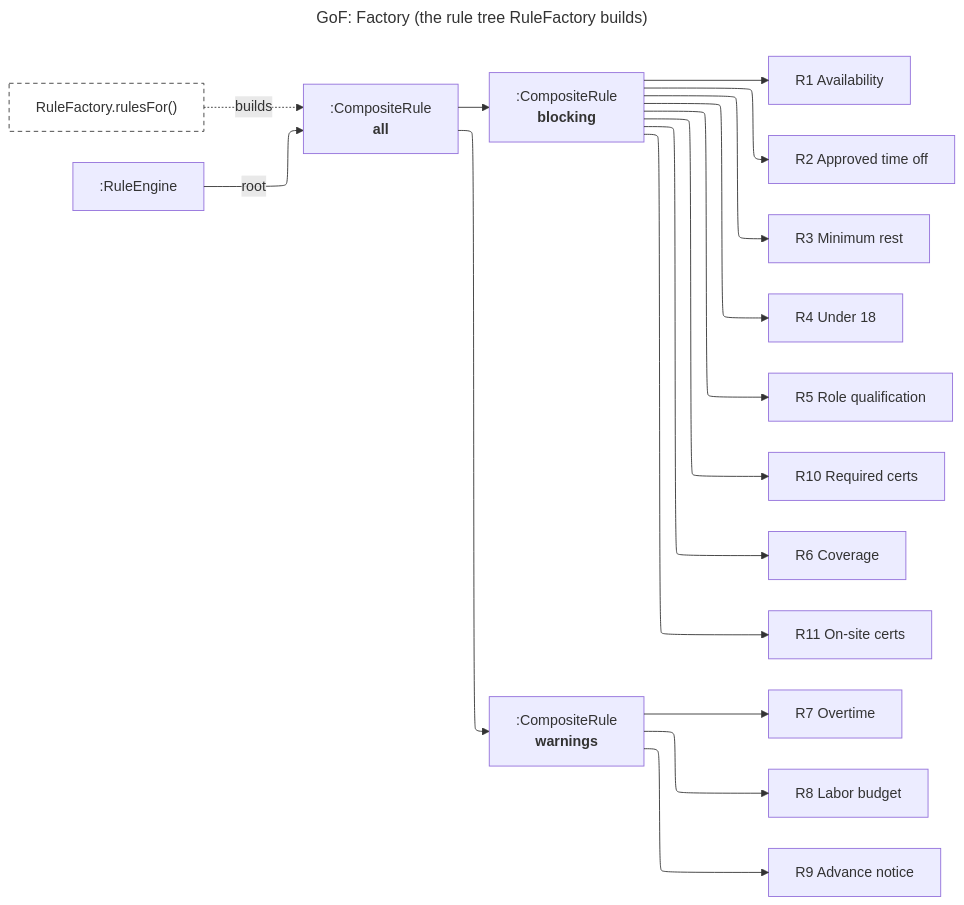
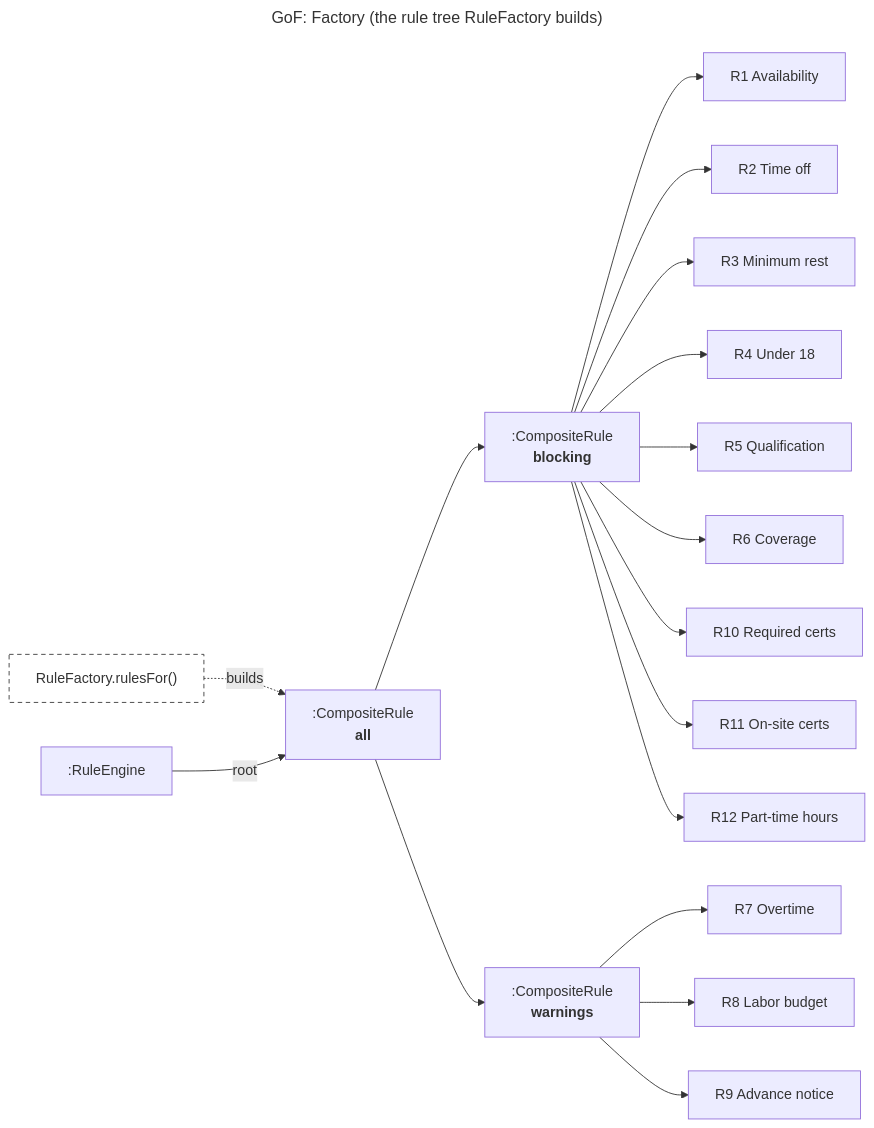
The diagram in diagrams/mmd/patterns/gof_rule_tree.mmd (perfettiful/ShiftChex), drawn with Mermaid before and after one commit. The commit also changed 66 other files, not shown here.

Commit message:
Landing page, part-time cap, swap board groups, diagram cleanup (#8)

```diff
--- a/diagrams/mmd/patterns/gof_rule_tree.mmd
+++ b/diagrams/mmd/patterns/gof_rule_tree.mmd
@@ -1,31 +1,34 @@
 ---
 title: "GoF: Factory (the rule tree RuleFactory builds)"
 config:
-  layout: elk
+  layout: dagre
+  flowchart:
+    wrappingWidth: 260
 ---
 %% the actual objects at runtime. the engine only holds the root and never
 %% learns it's a tree. adding a rule = one new class + one line in the factory
 flowchart LR
     RF["RuleFactory.rulesFor()"]:::factory
     RE[":RuleEngine"]
     ALL[":CompositeRule<br/><b>all</b>"]
     BLK[":CompositeRule<br/><b>blocking</b>"]
     WRN[":CompositeRule<br/><b>warnings</b>"]
 
     RF -. "builds" .-> ALL
     RE -- "root" --> ALL
     ALL --> BLK
     ALL --> WRN
     BLK --> R1["R1 Availability"]
-    BLK --> R2["R2 Approved time off"]
+    BLK --> R2["R2 Time off"]
     BLK --> R3["R3 Minimum rest"]
     BLK --> R4["R4 Under 18"]
-    BLK --> R5["R5 Role qualification"]
+    BLK --> R5["R5 Qualification"]
+    BLK --> R6["R6 Coverage"]
     BLK --> R10["R10 Required certs"]
-    BLK --> R6["R6 Coverage"]
     BLK --> R11["R11 On-site certs"]
+    BLK --> R12["R12 Part-time hours"]
     WRN --> R7["R7 Overtime"]
     WRN --> R8["R8 Labor budget"]
     WRN --> R9["R9 Advance notice"]
 
     classDef factory fill:#ffffff,stroke:#3a3a3a,stroke-dasharray:5 4
```
